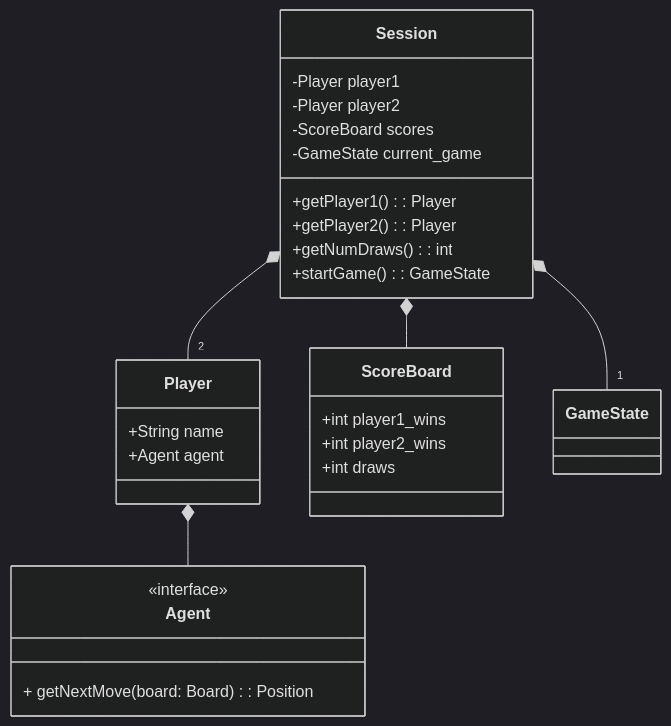
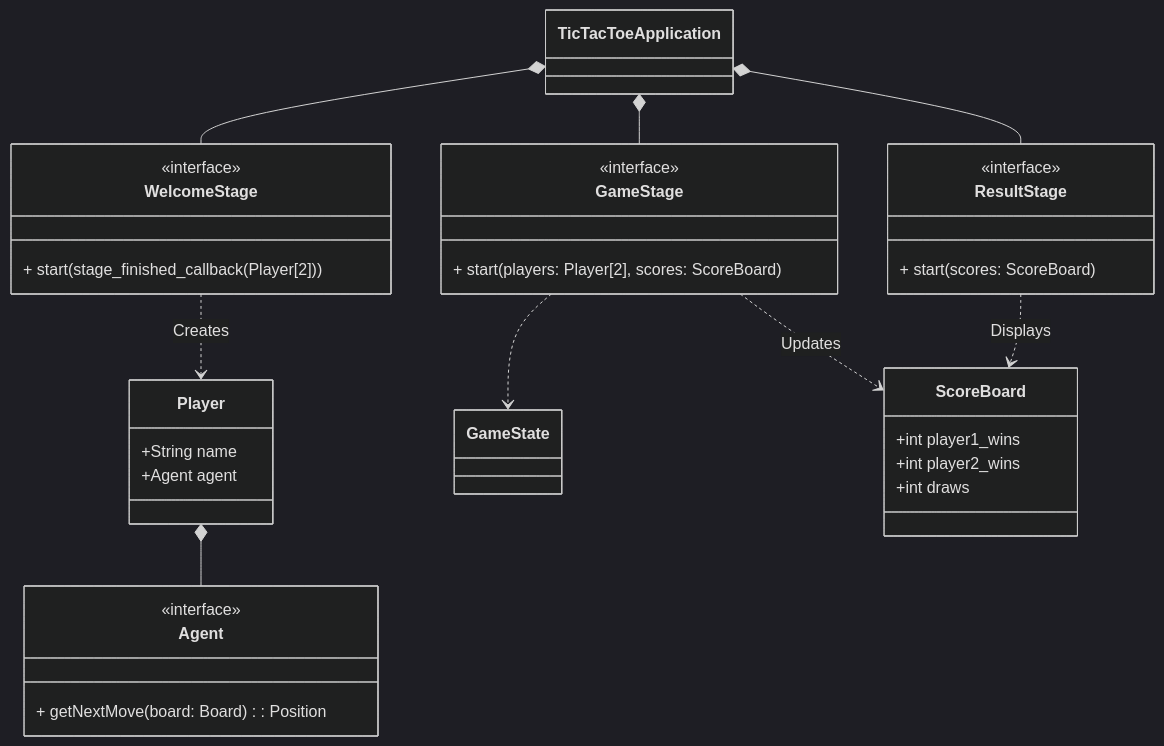
One commit to jashar86/tic-tac-toe changed the third of 3 diagrams in docs/REFERENCE_ARCHITECTURE.md. Above: the diagram before and after it, drawn with Mermaid (dark theme).

Commit message:
Application layer needs some work

````diff
--- a/docs/REFERENCE_ARCHITECTURE.md
+++ b/docs/REFERENCE_ARCHITECTURE.md
@@ -123,37 +123,51 @@
 ```mermaid
 classDiagram
-class Session {
-        -Player player1
-        -Player player2
-        -ScoreBoard scores
-        -GameState current_game
 
-        +getPlayer1() : Player
-        +getPlayer2() : Player
-        +getNumDraws() : int
-        +startGame() : GameState
+    class TicTacToeApplication {
+
     }
 
     class Player {
         +String name
         +Agent agent
     }
 
     class ScoreBoard {
         +int player1_wins
         +int player2_wins
         +int draws
     }
 
     class Agent {
         <<interface>>
         + getNextMove(board: Board) : Position
     }
 
 
-    Session *-- "1" GameState
-    Session *-- "2" Player
-    Session *-- ScoreBoard
+    class WelcomeStage {
+        <<interface>>
+        + start(stage_finished_callback(Player[2]))
+    }
+
+    class GameStage {
+        <<interface>>
+        + start(players: Player[2], scores: ScoreBoard)
+    }
+
+    class ResultStage {
+        <<interface>>
+        + start(scores: ScoreBoard)
+    }
+
+    TicTacToeApplication *-- WelcomeStage
+    TicTacToeApplication *-- GameStage
+    TicTacToeApplication *-- ResultStage
+
+    WelcomeStage ..> Player : Creates
+    GameStage ..> GameState
+    GameStage ..> ScoreBoard : Updates
+    ResultStage ..> ScoreBoard : Displays
 
     Player *-- Agent
+
 ```
````
